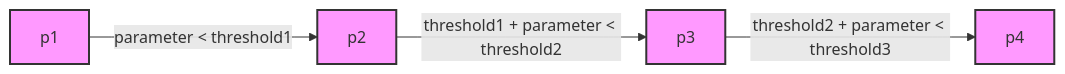
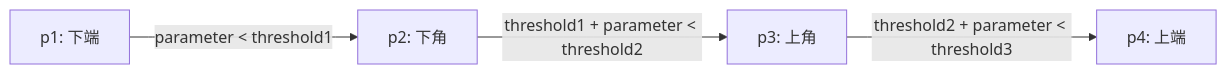
The diagram in docs/defense.md (ibis-ssl/crane), drawn with Mermaid before and after one commit. The commit also changed other lines of this file and 18 other files, not shown here.

````diff
--- a/docs/defense.md
+++ b/docs/defense.md
@@ -32,10 +22,6 @@
 ```mermaid
 graph LR
-    A[p1] -- parameter < threshold1 --> B[p2]
-    B -- threshold1 + parameter < threshold2 --> C[p3]
-    C -- threshold2 + parameter < threshold3 --> D[p4]
-    style A fill:#f9f,stroke:#333,stroke-width:2px
-    style B fill:#f9f,stroke:#333,stroke-width:2px
-    style C fill:#f9f,stroke:#333,stroke-width:2px
-    style D fill:#f9f,stroke:#333,stroke-width:2px
+    A[p1: 下端] -- parameter < threshold1 --> B[p2: 下角]
+    B -- threshold1 + parameter < threshold2 --> C[p3: 上角]
+    C -- threshold2 + parameter < threshold3 --> D[p4: 上端]
 ```
````
